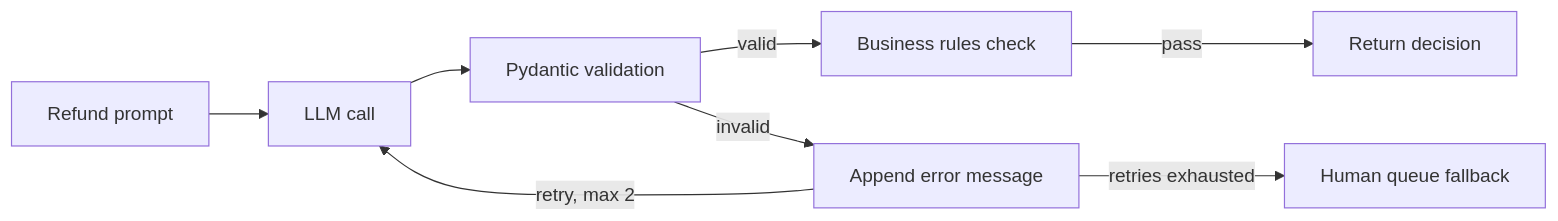
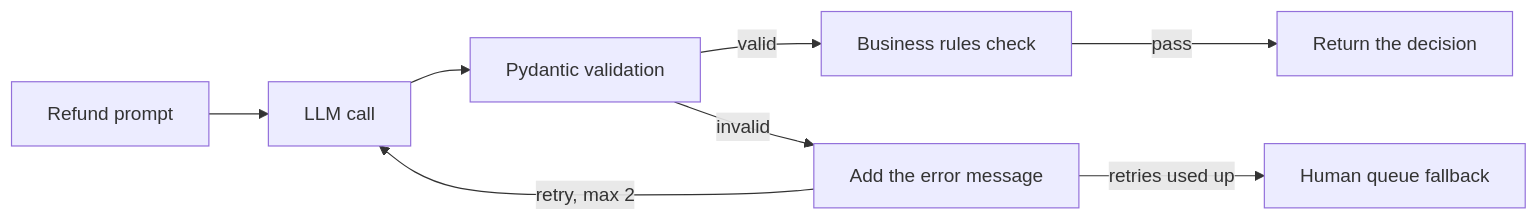
Before and after one commit to flow6979/viewinter: the sixth of 10 diagrams in content-en/11-agentic/08-guardrails.md, drawn with Mermaid. The commit also changed other lines of this file and 26 other files, not shown here.

First line of the commit message:
Agentic AI: rewrite all 13 pages to explain from scratch; animate diagrams on every article

````diff
--- a/content-en/11-agentic/08-guardrails.md
+++ b/content-en/11-agentic/08-guardrails.md
@@ -135,10 +302,10 @@
 ```mermaid
 flowchart LR
     P["Refund prompt"] --> L["LLM call"]
     L --> V["Pydantic validation"]
     V -->|valid| B["Business rules check"]
-    B -->|pass| OK["Return decision"]
-    V -->|invalid| E["Append error message"]
+    B -->|pass| OK["Return the decision"]
+    V -->|invalid| E["Add the error message"]
+    E -->|retries used up| H["Human queue fallback"]
     E -->|retry, max 2| L
-    E -->|retries exhausted| H["Human queue fallback"]
 ```
````
